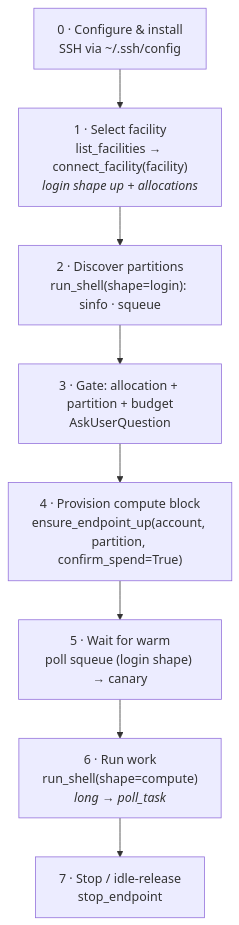
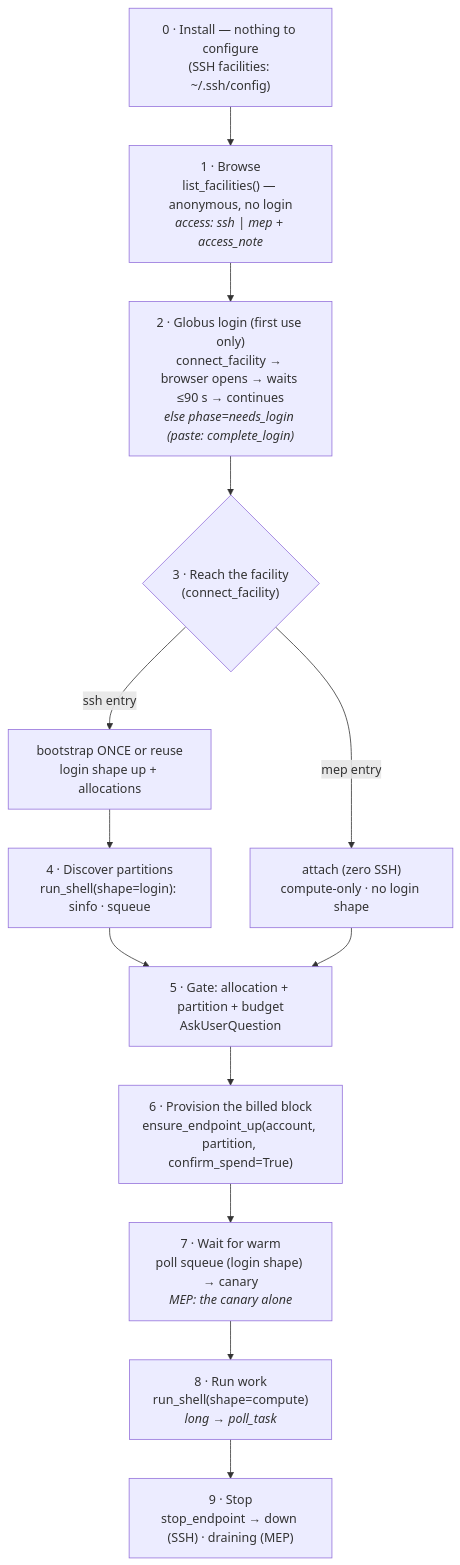
One commit to ryanchard/hpc-bridge changed the diagram in docs/hpc-bridge-vault/Happy path.md. Above: the diagram before and after it, drawn with Mermaid. The commit also changed other lines of this file and 38 other files, not shown here.

````diff
--- a/docs/hpc-bridge-vault/Happy path.md
+++ b/docs/hpc-bridge-vault/Happy path.md
@@ -8,10 +8,15 @@
 ```mermaid
 flowchart TD
-  C["0 · Configure & install<br/>SSH via ~/.ssh/config"] --> L["1 · Select facility<br/>list_facilities → connect_facility(facility)<br/><i>login shape up + allocations</i>"]
-  L --> D["2 · Discover partitions<br/>run_shell(shape=login): sinfo · squeue"]
-  D --> G["3 · Gate: allocation + partition + budget<br/>AskUserQuestion"]
-  G --> P["4 · Provision compute block<br/>ensure_endpoint_up(account, partition, confirm_spend=True)"]
-  P --> W["5 · Wait for warm<br/>poll squeue (login shape) → canary"]
-  W --> R["6 · Run work<br/>run_shell(shape=compute)<br/><i>long → poll_task</i>"]
-  R --> S["7 · Stop / idle-release<br/>stop_endpoint"]
+  C["0 · Install — nothing to configure<br/>(SSH facilities: ~/.ssh/config)"] --> L["1 · Browse<br/>list_facilities() — anonymous, no login<br/><i>access: ssh | mep + access_note</i>"]
+  L --> A["2 · Globus login (first use only)<br/>connect_facility → browser opens → waits ≤90 s → continues<br/><i>else phase=needs_login (paste: complete_login)</i>"]
+  A --> S{"3 · Reach the facility<br/>(connect_facility)"}
+  S -- "ssh entry" --> B["bootstrap ONCE or reuse<br/>login shape up + allocations"]
+  S -- "mep entry" --> M["attach (zero SSH)<br/>compute-only · no login shape"]
+  B --> D["4 · Discover partitions<br/>run_shell(shape=login): sinfo · squeue"]
+  D --> G["5 · Gate: allocation + partition + budget<br/>AskUserQuestion"]
+  M --> G
+  G --> P["6 · Provision the billed block<br/>ensure_endpoint_up(account, partition, confirm_spend=True)"]
+  P --> W["7 · Wait for warm<br/>poll squeue (login shape) → canary<br/><i>MEP: the canary alone</i>"]
+  W --> R["8 · Run work<br/>run_shell(shape=compute)<br/><i>long → poll_task</i>"]
+  R --> T["9 · Stop<br/>stop_endpoint → down (SSH) · draining (MEP)"]
 ```
````
